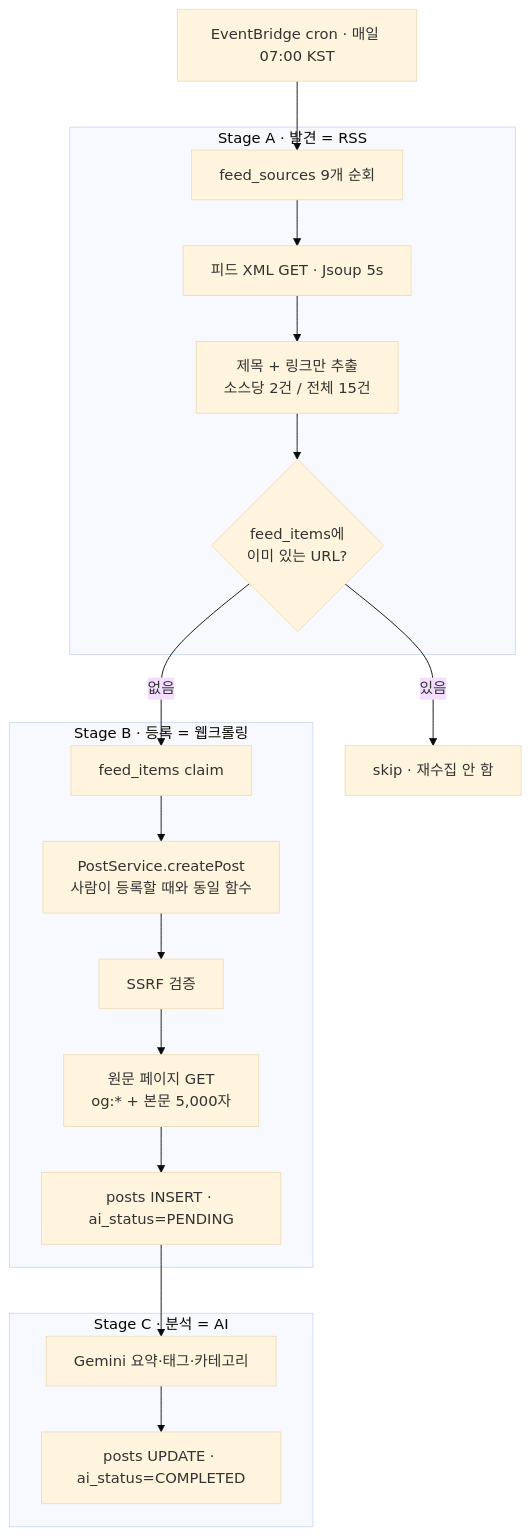
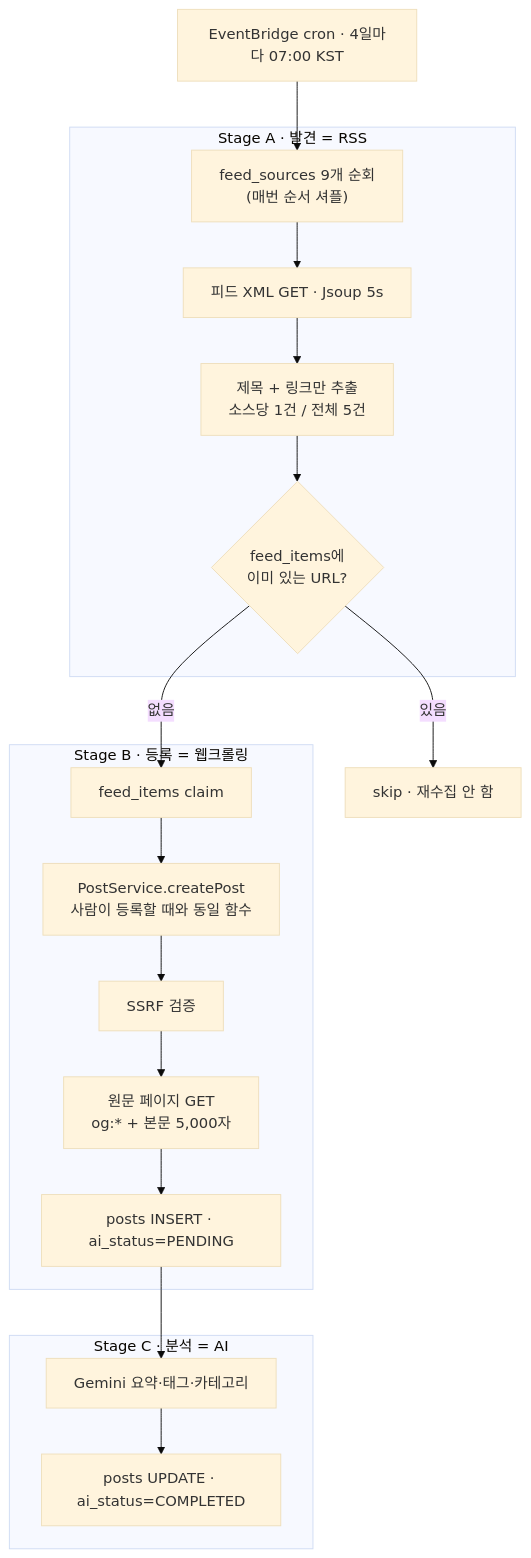
The diagram in docs/RSS-FEED-BOT.md (BAECHAN/link-sphere_BE_NEW), drawn with Mermaid (base theme) before and after one commit. The commit also changed other lines of this file and 5 other files, not shown here.

````diff
--- a/docs/RSS-FEED-BOT.md
+++ b/docs/RSS-FEED-BOT.md
@@ -52,26 +52,26 @@
 ```mermaid
 flowchart TD
-  EB["EventBridge cron · 매일 07:00 KST"] --> A1
+  EB["EventBridge cron · 4일마다 07:00 KST"] --> A1
 
   subgraph SA["Stage A · 발견 = RSS"]
-    A1["feed_sources 9개 순회"] --> A2["피드 XML GET · Jsoup 5s"]
-    A2 --> A3["제목 + 링크만 추출<br/>소스당 2건 / 전체 15건"]
+    A1["feed_sources 9개 순회<br/>(매번 순서 셔플)"] --> A2["피드 XML GET · Jsoup 5s"]
+    A2 --> A3["제목 + 링크만 추출<br/>소스당 1건 / 전체 5건"]
     A3 --> A4{"feed_items에<br/>이미 있는 URL?"}
   end
 
   A4 -->|있음| SKIP["skip · 재수집 안 함"]
   A4 -->|없음| B1
 
   subgraph SB["Stage B · 등록 = 웹크롤링"]
     B1["feed_items claim"] --> B2["PostService.createPost<br/>사람이 등록할 때와 동일 함수"]
     B2 --> B3["SSRF 검증"]
     B3 --> B4["원문 페이지 GET<br/>og:* + 본문 5,000자"]
     B4 --> B5["posts INSERT · ai_status=PENDING"]
   end
 
   B5 --> C1
 
   subgraph SC["Stage C · 분석 = AI"]
     C1["Gemini 요약·태그·카테고리"] --> C2["posts UPDATE · ai_status=COMPLETED"]
   end
 ```
````
